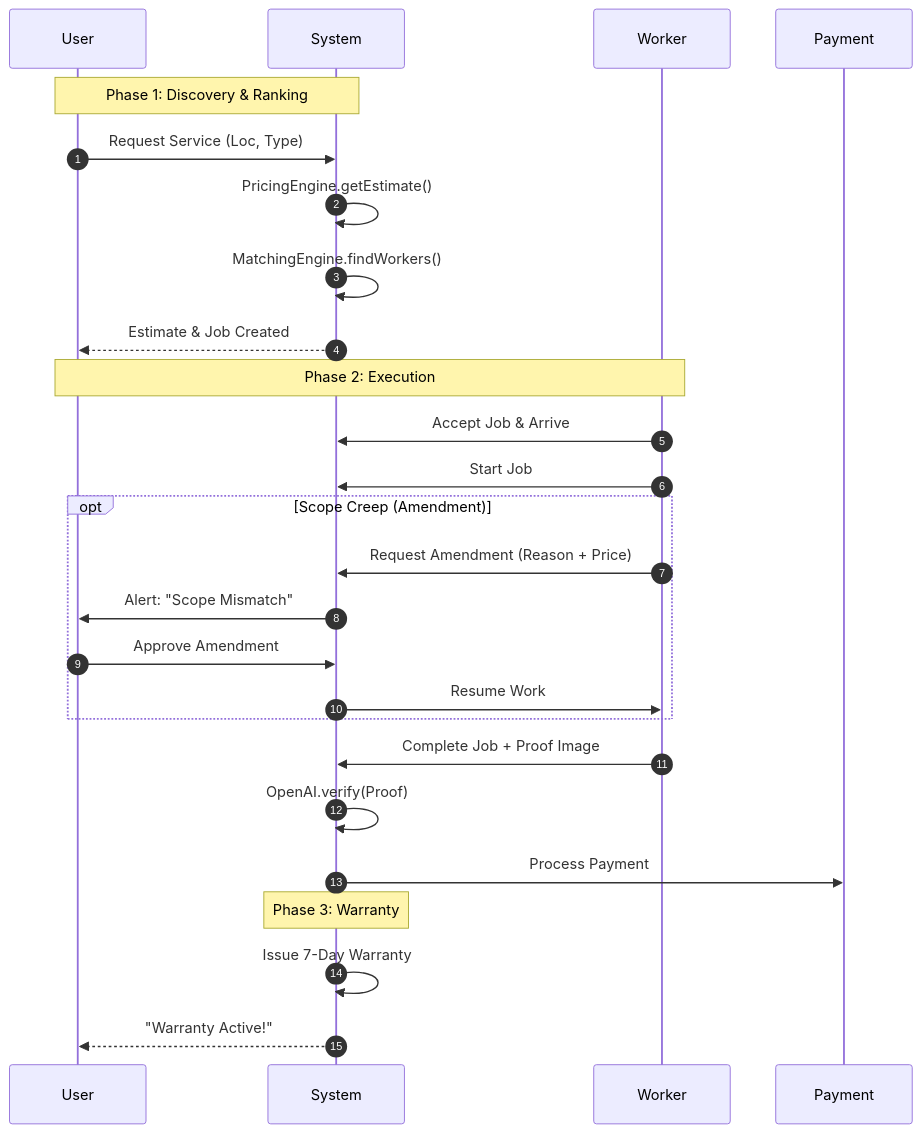
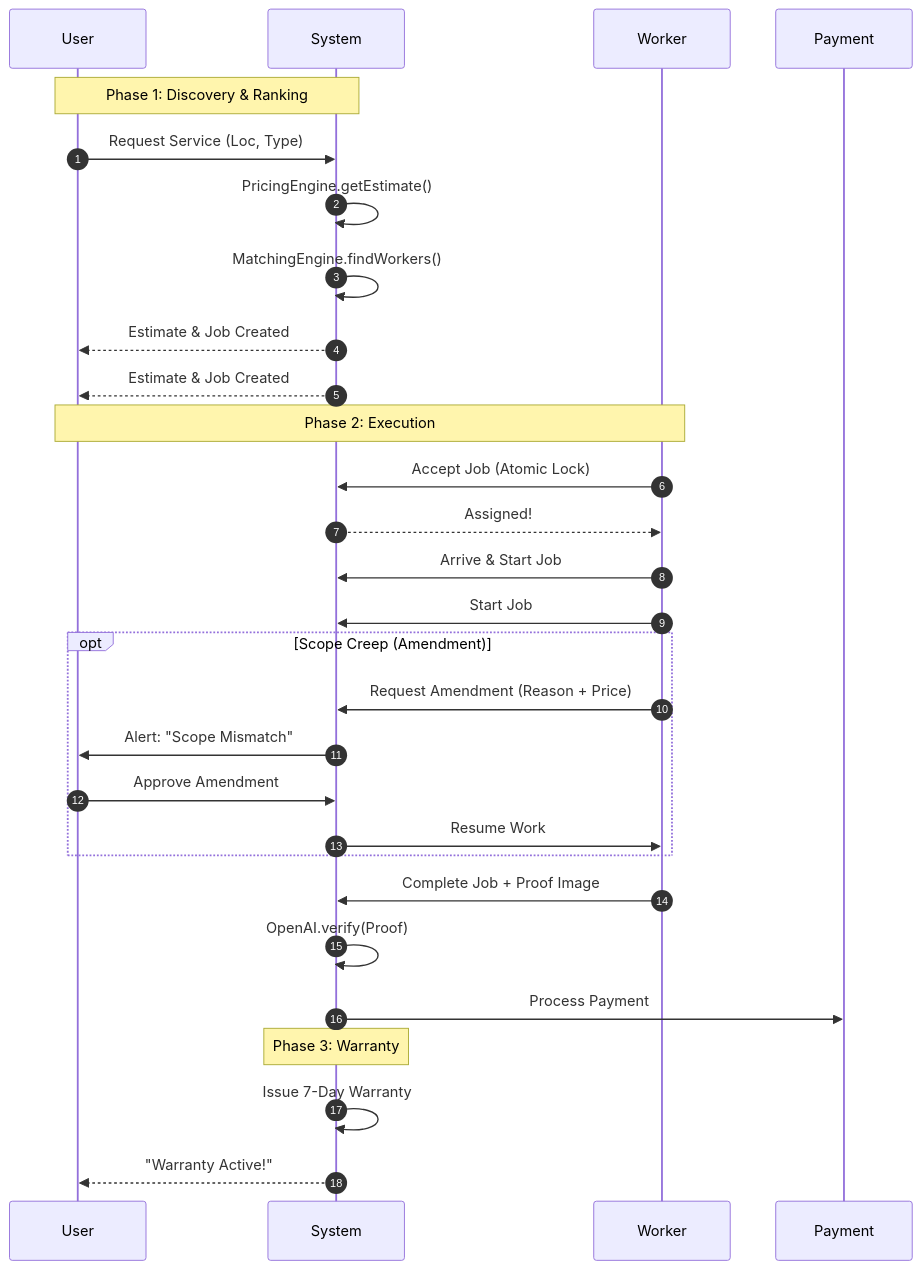
The second of 4 diagrams in docs_detailed_flows/COMBINED_APP_FLOW.md (Somilg11/oddigo-v2), drawn with Mermaid before and after one commit. The commit also changed 2 other files, not shown here.

````diff
--- a/docs_detailed_flows/COMBINED_APP_FLOW.md
+++ b/docs_detailed_flows/COMBINED_APP_FLOW.md
@@ -53,33 +53,37 @@
 ```mermaid
 sequenceDiagram
     autonumber
     participant U as User
     participant S as System
     participant W as Worker
     participant P as Payment
 
     Note over U, S: Phase 1: Discovery & Ranking
     U->>S: Request Service (Loc, Type)
     S->>S: PricingEngine.getEstimate()
     S->>S: MatchingEngine.findWorkers()
     S-->>U: Estimate & Job Created
 
+    S-->>U: Estimate & Job Created
+
     Note over U, W: Phase 2: Execution
-    W->>S: Accept Job & Arrive
+    W->>S: Accept Job (Atomic Lock)
+    S-->>W: Assigned!
+    W->>S: Arrive & Start Job
     W->>S: Start Job
     
     opt Scope Creep (Amendment)
         W->>S: Request Amendment (Reason + Price)
         S->>U: Alert: "Scope Mismatch"
         U->>S: Approve Amendment
         S->>W: Resume Work
     end
     
     W->>S: Complete Job + Proof Image
     S->>S: OpenAI.verify(Proof)
     S->>P: Process Payment
     
     Note over S: Phase 3: Warranty
     S->>S: Issue 7-Day Warranty
     S-->>U: "Warranty Active!"
 ```
````
